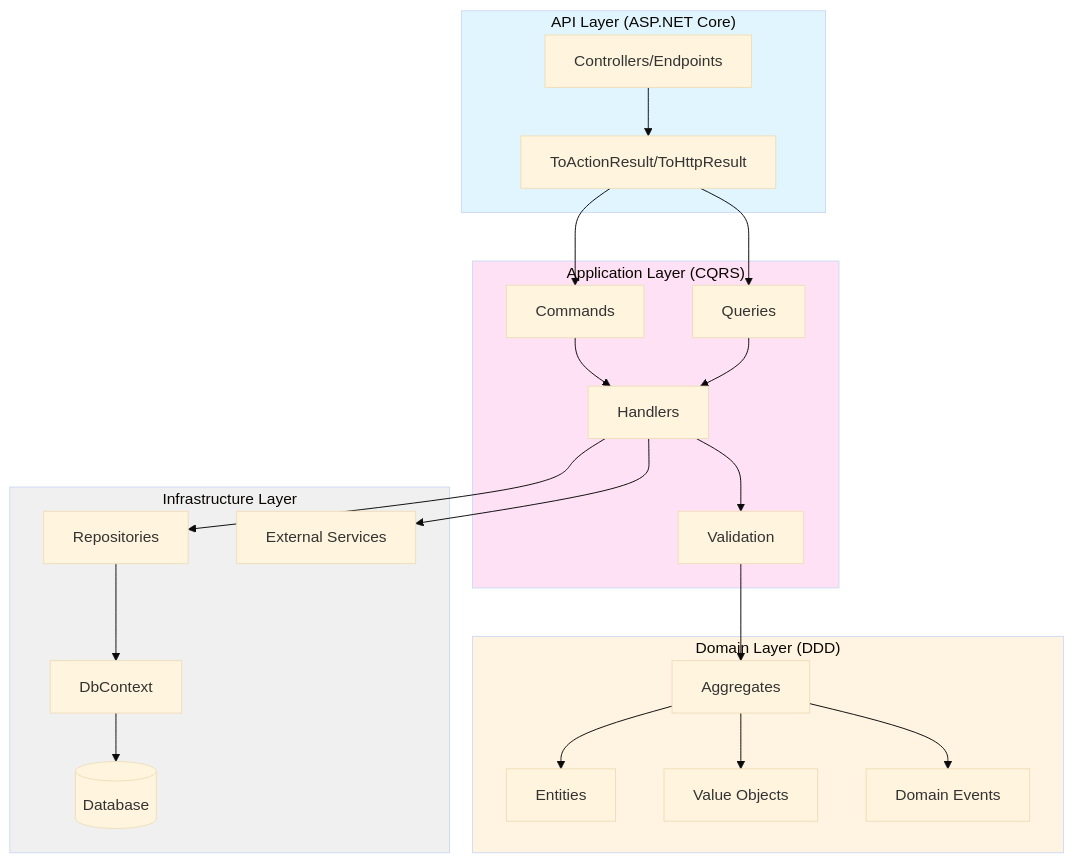
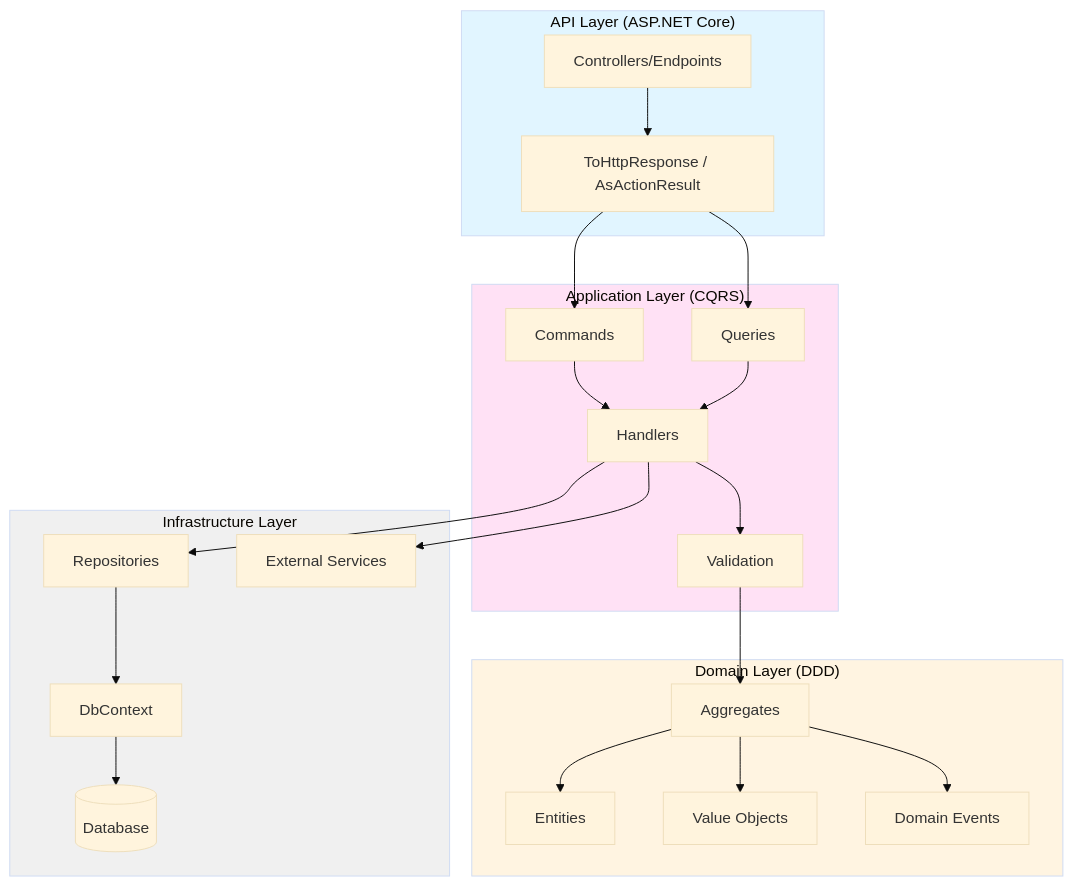
Before and after one commit to xavierjohn/Trellis: the second of 18 diagrams in docs/DIAGRAMS.md, drawn with Mermaid (base theme). The commit also changed other lines of this file and 508 other files, not shown here.

````diff
--- a/docs/DIAGRAMS.md
+++ b/docs/DIAGRAMS.md
@@ -79,48 +79,48 @@
 ```mermaid
 graph TB
     subgraph API["API Layer (ASP.NET Core)"]
         CTRL[Controllers/Endpoints]
-        HTTP[ToActionResult/ToHttpResult]
+        HTTP[ToHttpResponse / AsActionResult]
     end
     
     subgraph Application["Application Layer (CQRS)"]
         CMD[Commands]
         QRY[Queries]
         HAND[Handlers]
         VAL[Validation]
     end
     
     subgraph Domain["Domain Layer (DDD)"]
         AGG[Aggregates]
         ENT[Entities]
         VO[Value Objects]
         EVT[Domain Events]
     end
     
     subgraph Infrastructure["Infrastructure Layer"]
         REPO[Repositories]
         DBCTX[DbContext]
         EXT[External Services]
         DB[(Database)]
     end
     
     CTRL --> HTTP
     HTTP --> CMD
     HTTP --> QRY
     CMD --> HAND
     QRY --> HAND
     HAND --> VAL
     VAL --> AGG
     AGG --> ENT
     AGG --> VO
     AGG --> EVT
     HAND --> REPO
     REPO --> DBCTX
     DBCTX --> DB
     HAND --> EXT
     
     style API fill:#e1f5ff
     style Application fill:#ffe1f5
     style Domain fill:#fff4e1
     style Infrastructure fill:#f0f0f0
 ```
````
